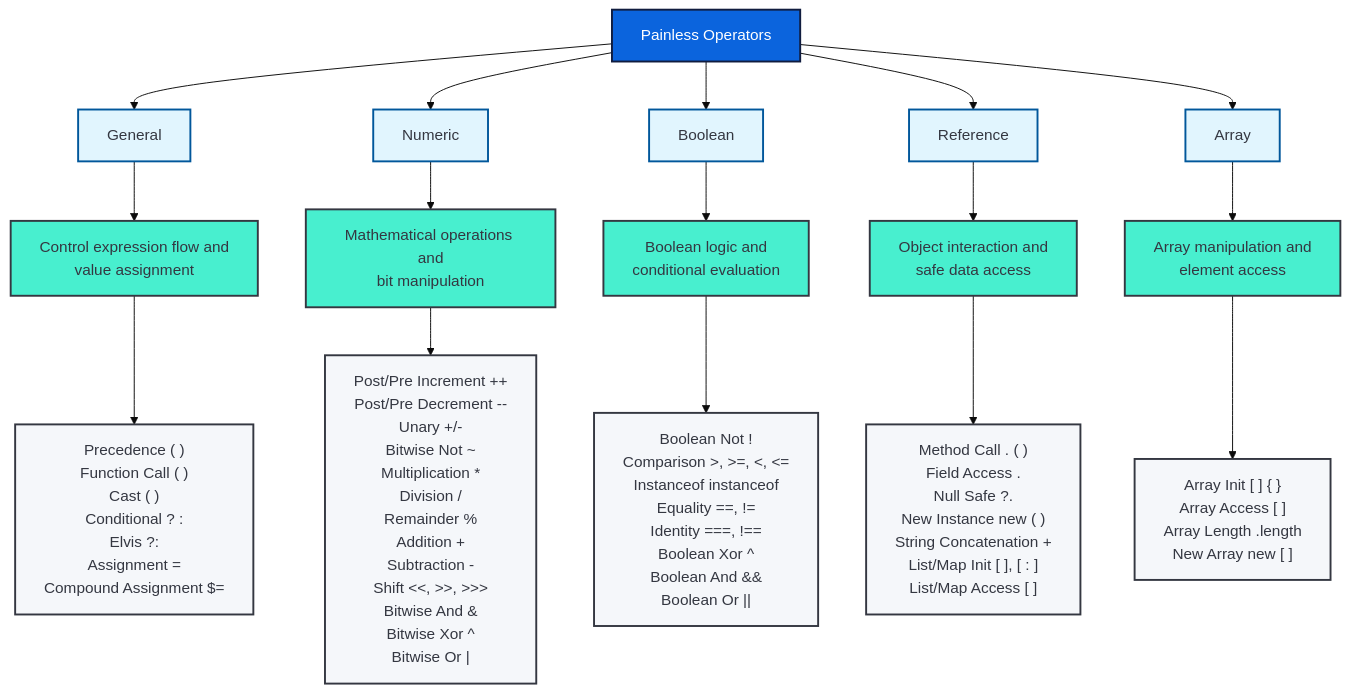
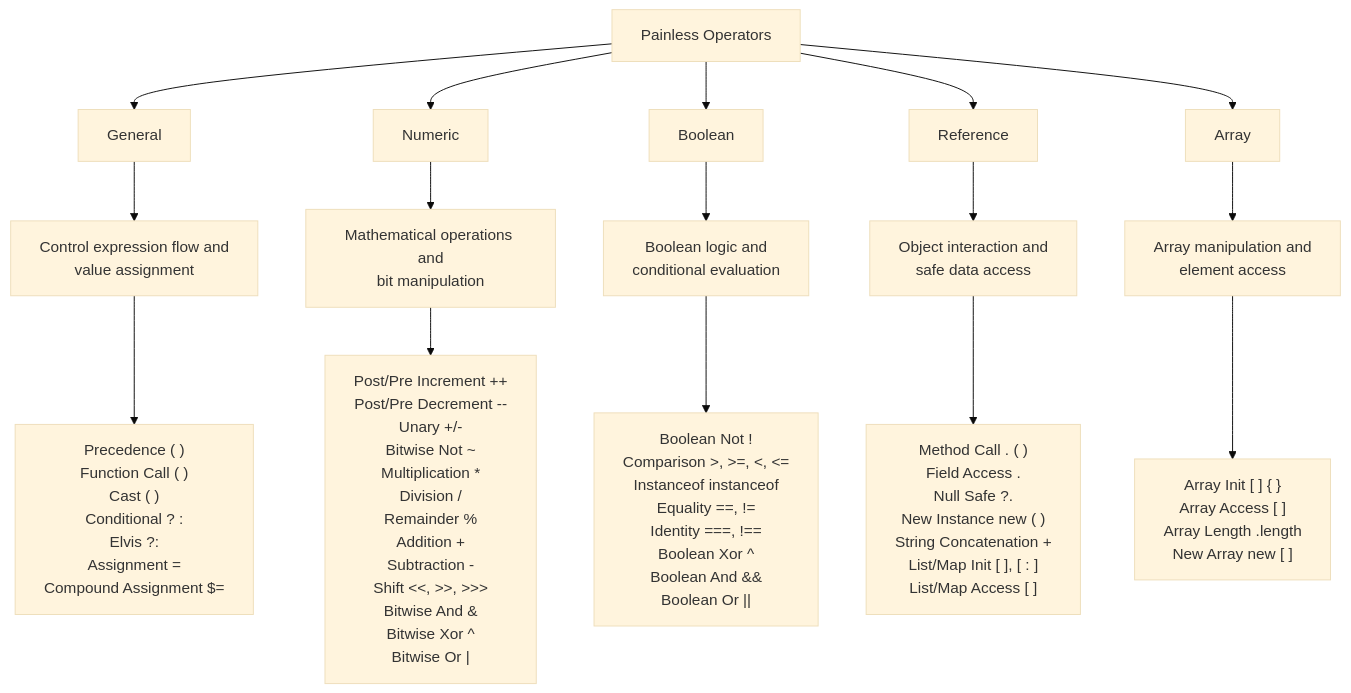
Before and after one commit to codacy-open-source-projects-scans/elasticsearch: the diagram in docs/reference/scripting-languages/painless/painless-operators.md, drawn with Mermaid (base theme). The commit also changed 26737 other files, not shown here.

````diff
--- a/docs/reference/scripting-languages/painless/painless-operators.md
+++ b/docs/reference/scripting-languages/painless/painless-operators.md
@@ -23,44 +23,39 @@
 ```mermaid
 graph TB
     A["Painless Operators"]
 
     B["General"]
     C["Numeric"]
     D["Boolean"]
     E["Reference"]
     F["Array"]
 
     B1["Control expression flow and<br/>value assignment"]
     C1["Mathematical operations and<br/>bit manipulation"]
     D1["Boolean logic and<br/>conditional evaluation"]
     E1["Object interaction and<br/>safe data access"]
     F1["Array manipulation and<br/>element access"]
 
     B2["Precedence ( )<br/>Function Call ( )<br/>Cast ( )<br/>Conditional ? :<br/>Elvis ?:<br/>Assignment =<br/>Compound Assignment $="]
     C2["Post/Pre Increment ++<br/>Post/Pre Decrement --<br/>Unary +/-<br/>Bitwise Not ~<br/>Multiplication *<br/>Division /<br/>Remainder %<br/>Addition +<br/>Subtraction -<br/>Shift <<, >>, >>><br/>Bitwise And &<br/>Bitwise Xor ^<br/>Bitwise Or |"]
     D2["Boolean Not !<br/>Comparison >, >=, <, <=<br/>Instanceof instanceof<br/>Equality ==, !=<br/>Identity ===, !==<br/>Boolean Xor ^<br/>Boolean And &&<br/>Boolean Or ||"]
     E2["Method Call . ( )<br/>Field Access .<br/>Null Safe ?.<br/>New Instance new ( )<br/>String Concatenation +<br/>List/Map Init [ ], [ : ]<br/>List/Map Access [ ]"]
     F2["Array Init [ ] { }<br/>Array Access [ ]<br/>Array Length .length<br/>New Array new [ ]"]
 
     A --> B & C & D & E & F
     B --> B1
     C --> C1
     D --> D1
     E --> E1
     F --> F1
     B1 --> B2
     C1 --> C2
     D1 --> D2
     E1 --> E2
     F1 --> F2
-    
-    classDef rootNode fill:#0B64DD,stroke:#101C3F,stroke-width:2px,color:#fff
-    classDef categoryBox fill:#e1f5fe,stroke:#01579b,stroke-width:2px,color:#343741
-    classDef descBox fill:#48EFCF,stroke:#343741,stroke-width:2px,color:#343741
-    classDef exampleBox fill:#f5f7fa,stroke:#343741,stroke-width:2px,color:#343741
 
-    class A rootNode
-    class B,C,D,E,F categoryBox
-    class B1,C1,D1,E1,F1 descBox
-    class B2,C2,D2,E2,F2 exampleBox
+    class A highlight
+    class B,C,D,E,F note
+    class B1,C1,D1,E1,F1 tip
+    class B2,C2,D2,E2,F2 plain
 ```
````
